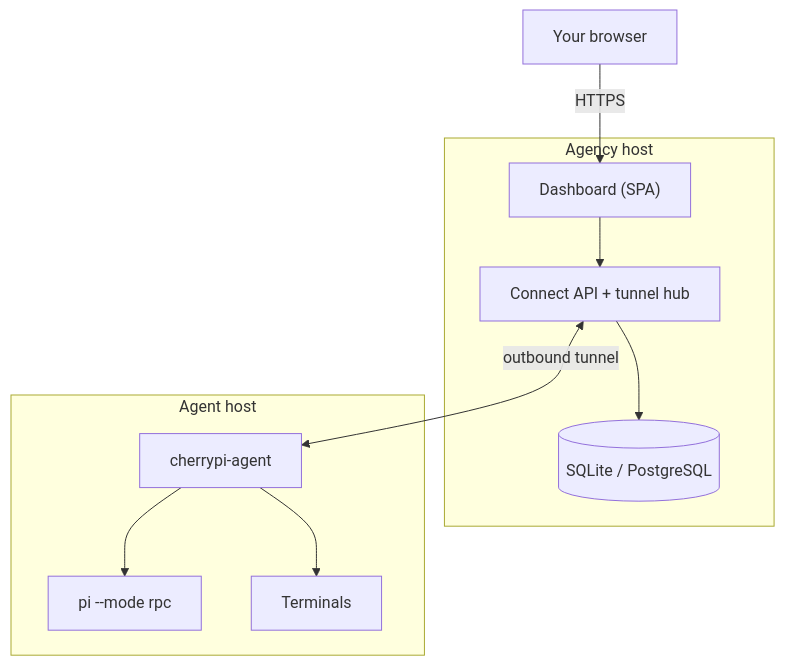
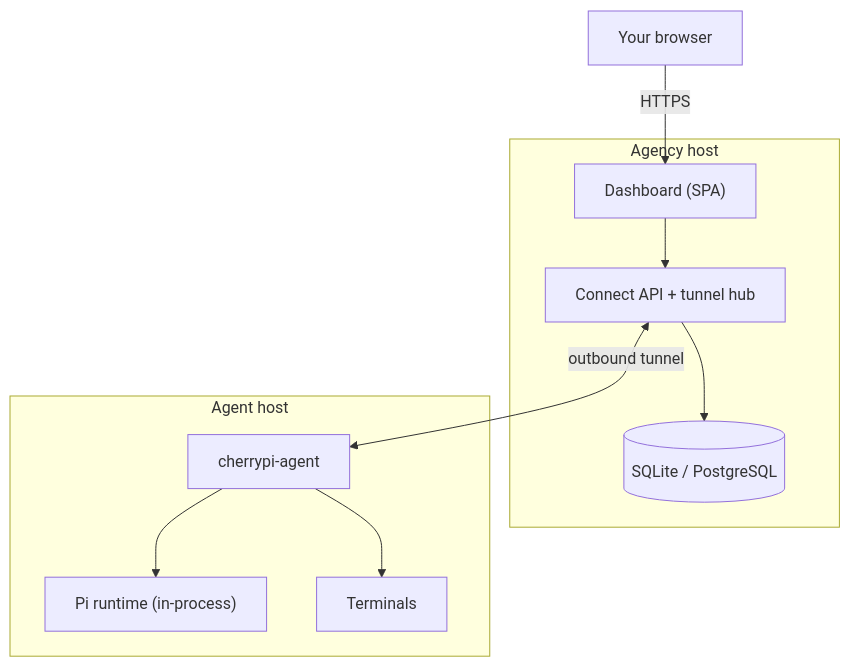
Before and after one commit to cherrypidotdev/cherrypi: the diagram in docs-site/guide/what-is-cherrypi.md, drawn with Mermaid. The commit also changed other lines of this file and 335 other files, not shown here.

````diff
--- a/docs-site/guide/what-is-cherrypi.md
+++ b/docs-site/guide/what-is-cherrypi.md
@@ -24,21 +24,21 @@
 ```mermaid
 flowchart TB
   subgraph Agency["Agency host"]
     UI["Dashboard (SPA)"]
     API["Connect API + tunnel hub"]
     DB[("SQLite / PostgreSQL")]
     UI --> API
     API --> DB
   end
 
   subgraph Worker["Agent host"]
     AG["cherrypi-agent"]
-    PI["pi --mode rpc"]
+    PI["Pi runtime (in-process)"]
     PTY["Terminals"]
     AG --> PI
     AG --> PTY
   end
 
   Browser["Your browser"] -->|HTTPS| UI
   API <-->|outbound tunnel| AG
 ```
````
